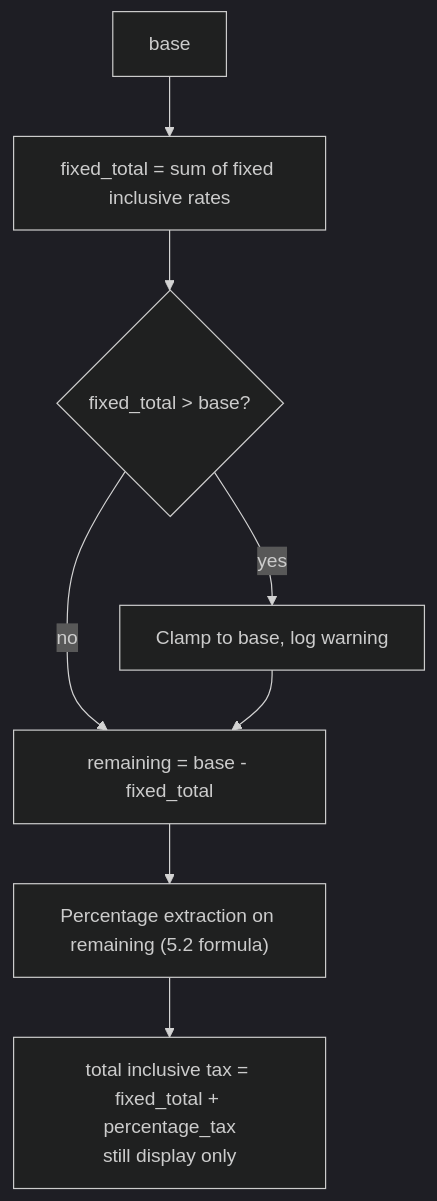
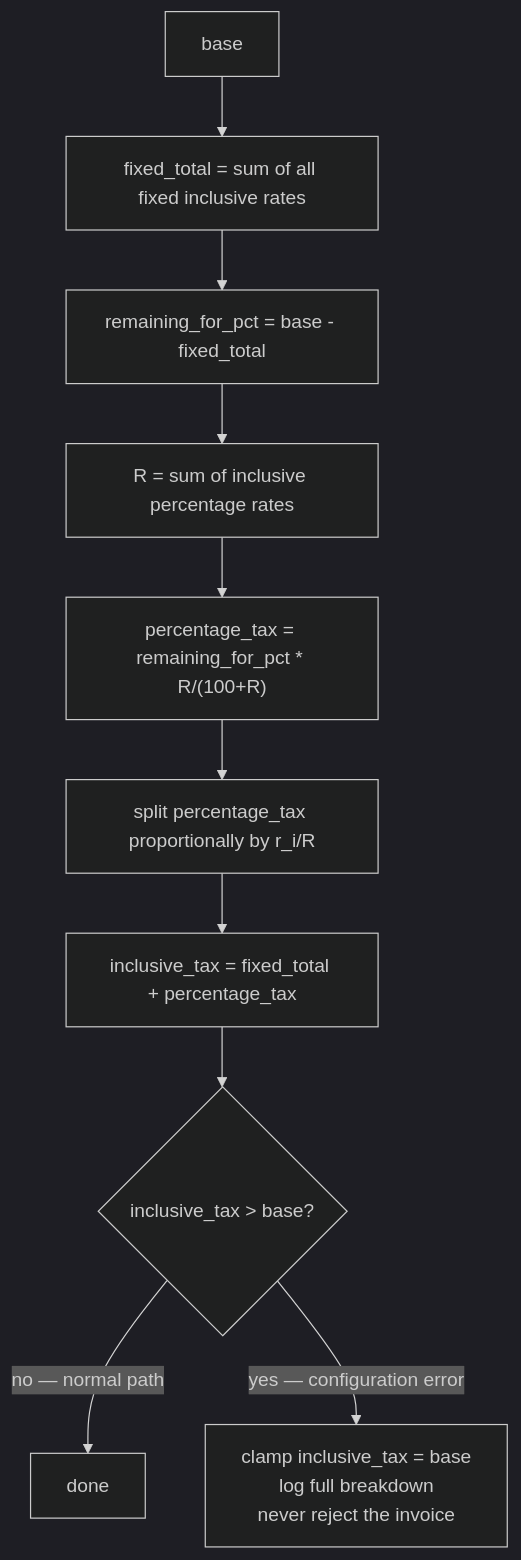
Before and after one commit to subratsahilgupta/flexprice: the third of 5 diagrams in docs/design/2026-08-17-FLE-1187-taxation-lineitem-inclusive.md, drawn with Mermaid (dark theme). The commit also changed other lines of this file, not shown here.

````diff
--- a/docs/design/2026-08-17-FLE-1187-taxation-lineitem-inclusive.md
+++ b/docs/design/2026-08-17-FLE-1187-taxation-lineitem-inclusive.md
@@ -171,10 +412,12 @@
 ```mermaid
 flowchart TD
-    B["base"] --> FT["fixed_total = sum of fixed inclusive rates"]
-    FT --> GUARD{"fixed_total > base?"}
-    GUARD -->|"yes"| CLAMP["Clamp to base, log warning"]
-    GUARD -->|"no"| REM["remaining = base - fixed_total"]
-    CLAMP --> REM
-    REM --> PCT["Percentage extraction on remaining (5.2 formula)"]
-    PCT --> SUM["total inclusive tax = fixed_total + percentage_tax<br/>still display only"]
+    B["base"] --> FT["fixed_total = sum of all fixed inclusive rates"]
+    FT --> REM["remaining_for_pct = base - fixed_total"]
+    REM --> R["R = sum of inclusive percentage rates"]
+    R --> PCT["percentage_tax = remaining_for_pct * R/(100+R)"]
+    PCT --> SPLIT["split percentage_tax proportionally by r_i/R"]
+    SPLIT --> TOT["inclusive_tax = fixed_total + percentage_tax"]
+    TOT --> GUARD{"inclusive_tax > base?"}
+    GUARD -->|"no — normal path"| OK["done"]
+    GUARD -->|"yes — configuration error"| CLAMP["clamp inclusive_tax = base<br/>log full breakdown<br/>never reject the invoice"]
 ```
````
